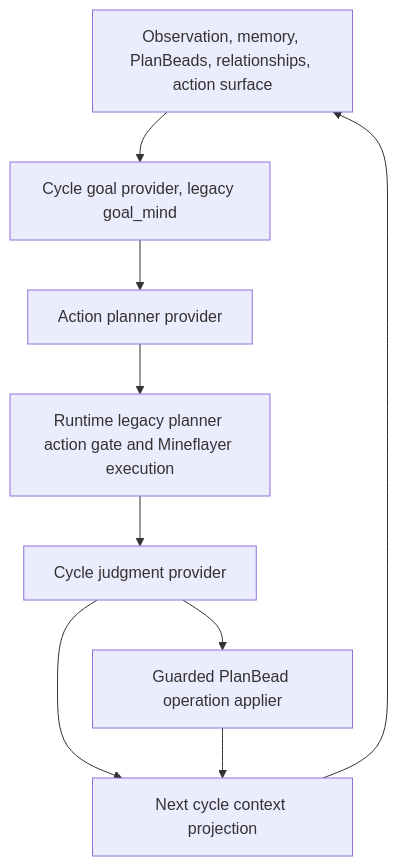
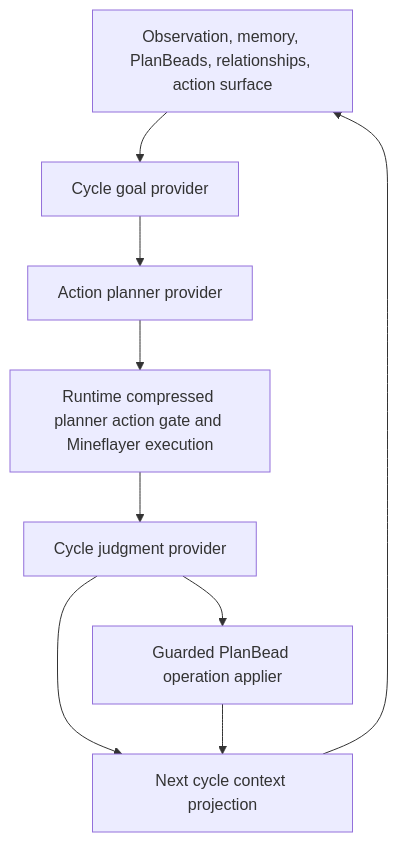
Before and after one commit to gigio1023/minecraft-llm-agent-community: the first of 2 diagrams in project-docs/Architecture/Actor-Episode-And-Actor-Turn-Architecture.md, drawn with Mermaid. The commit also changed other lines of this file and 91 other files, not shown here.

Commit message:
Remove archived planner action path

````diff
--- a/project-docs/Architecture/Actor-Episode-And-Actor-Turn-Architecture.md
+++ b/project-docs/Architecture/Actor-Episode-And-Actor-Turn-Architecture.md
@@ -79,11 +79,11 @@
 ```mermaid
 flowchart TD
-  Obs["Observation, memory, PlanBeads, relationships, action surface"] --> Goal["Cycle goal provider, legacy goal_mind"]
+  Obs["Observation, memory, PlanBeads, relationships, action surface"] --> Goal["Cycle goal provider"]
   Goal --> Planner["Action planner provider"]
-  Planner --> Runtime["Runtime legacy planner action gate and Mineflayer execution"]
+  Planner --> Runtime["Runtime compressed planner action gate and Mineflayer execution"]
   Runtime --> Judgment["Cycle judgment provider"]
   Judgment --> PlanBeads["Guarded PlanBead operation applier"]
   Judgment --> Next["Next cycle context projection"]
   PlanBeads --> Next
   Next --> Obs
 ```
````
